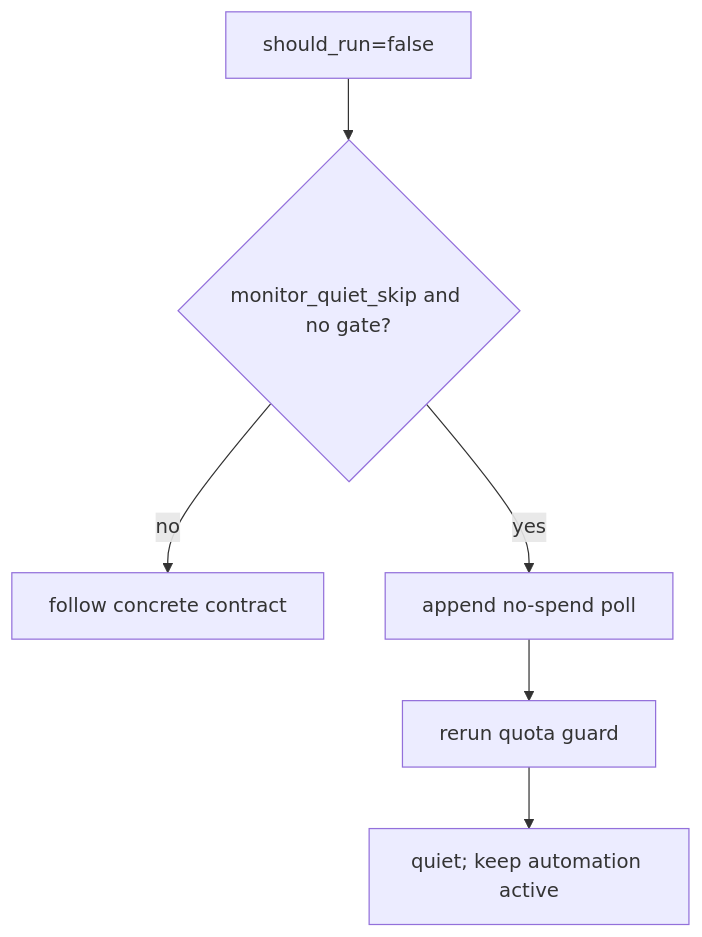
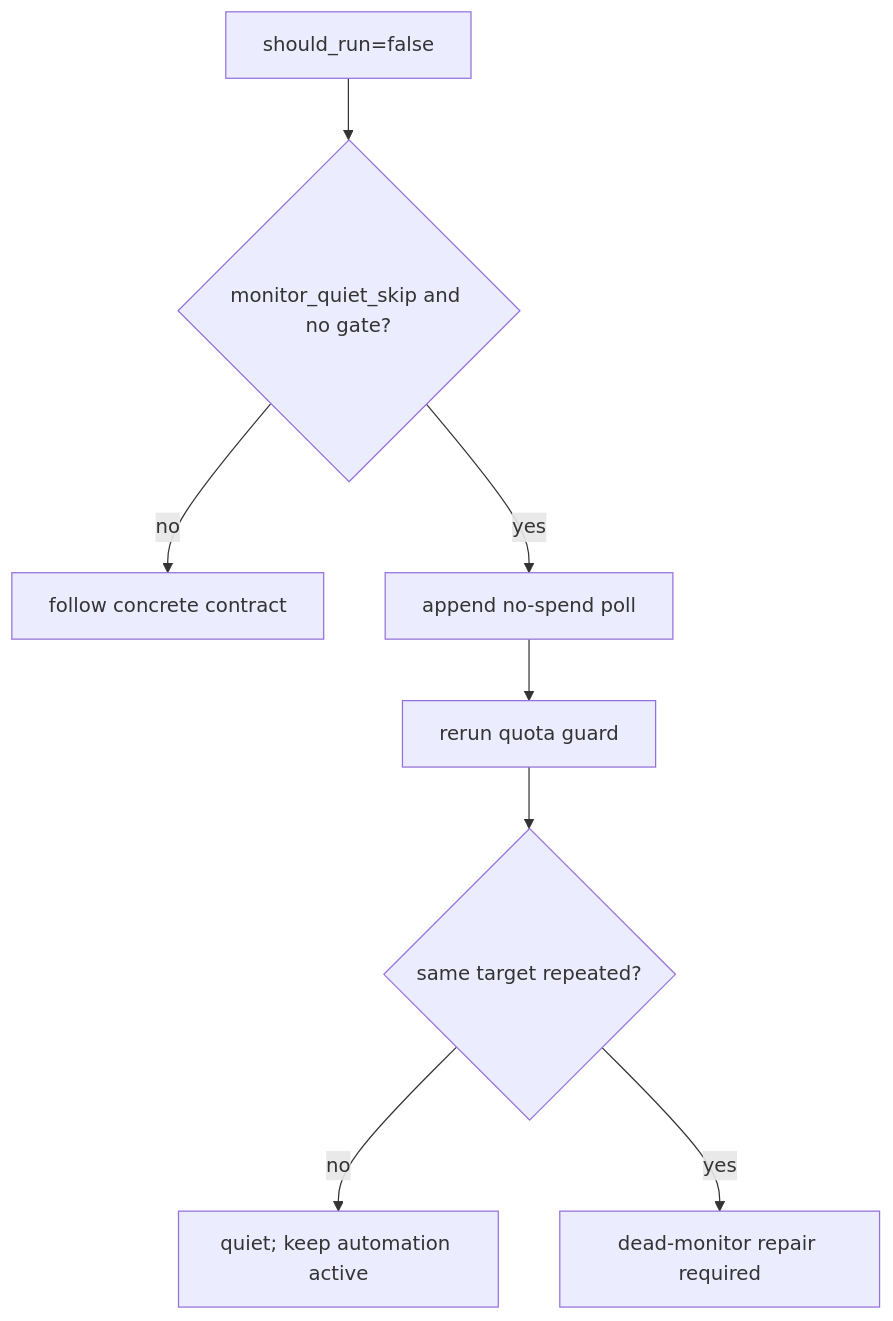
The ninth of 31 diagrams in docs/interaction-pattern-catalog.md (huangruiteng/goal-harness), drawn with Mermaid before and after one commit. The commit also changed other lines of this file and 5 other files, not shown here.

First line of the commit message:
Detect repeated monitor targets (#734)

````diff
--- a/docs/interaction-pattern-catalog.md
+++ b/docs/interaction-pattern-catalog.md
@@ -663,8 +669,10 @@
 ```mermaid
 flowchart TD
   N["should_run=false"] --> M{"monitor_quiet_skip and no gate?"}
   M -->|"no"| C["follow concrete contract"]
   M -->|"yes"| P["append no-spend poll"]
   P --> R["rerun quota guard"]
-  R --> Q["quiet; keep automation active"]
+  R --> D{"same target repeated?"}
+  D -->|"no"| Q["quiet; keep automation active"]
+  D -->|"yes"| A["dead-monitor repair required"]
 ```
````
